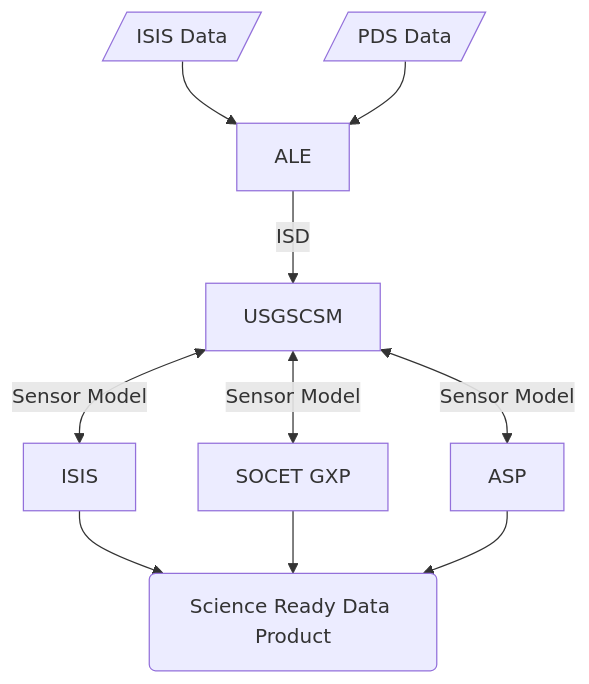
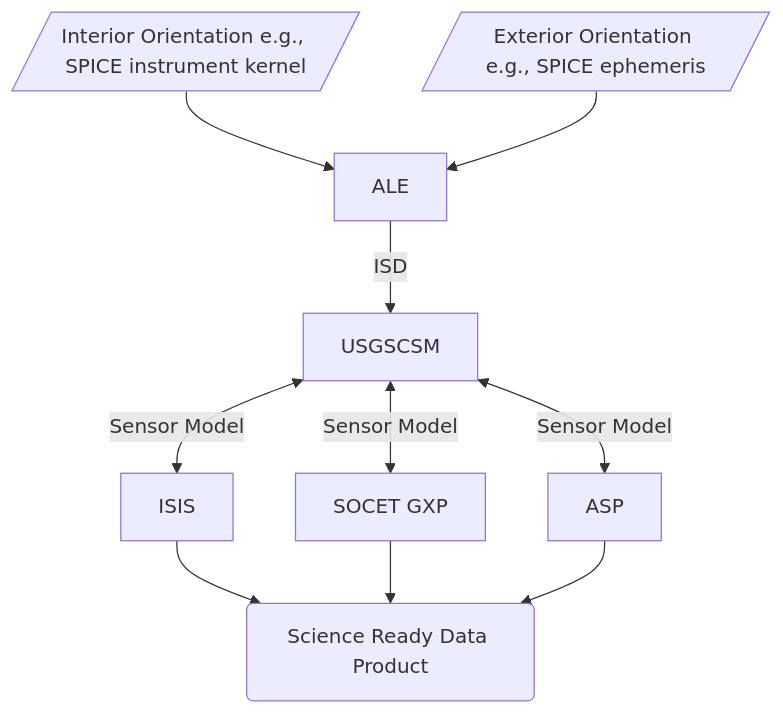
The diagram in docs/concepts/sensor-models/sensor-models.md (DOI-USGS/asc-public-docs), drawn with Mermaid before and after one commit. The commit also changed other lines of this file, not shown here.

````diff
--- a/docs/concepts/sensor-models/sensor-models.md
+++ b/docs/concepts/sensor-models/sensor-models.md
@@ -82,7 +83,7 @@
 ``` mermaid
 graph TD
-  A[/ISIS Data/] --> C
-  B[/PDS Data/] --> C
+  A[/Interior Orientation e.g., SPICE instrument kernel/] --> C
+  B[/Exterior Orientation e.g., SPICE ephemeris/] --> C
   C[ALE] --> |ISD|D[USGSCSM]
   D <--> |Sensor Model|E[ISIS] & F[SOCET GXP] & G[ASP] --> H(Science Ready Data Product)
 ```
````
